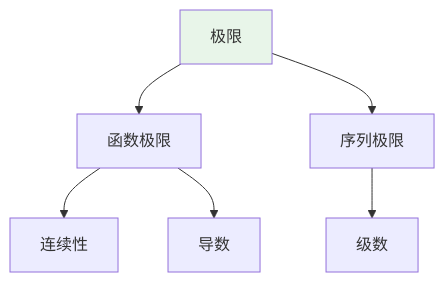
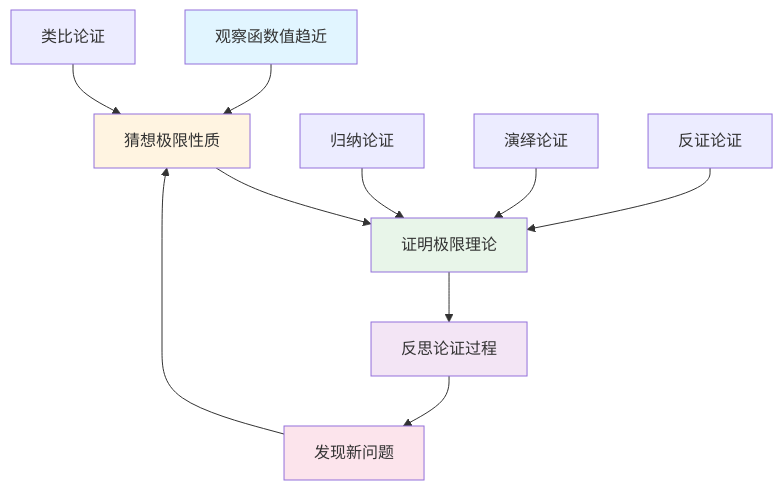
One commit to AdaMartin18010/FormalMath changed the fifth of 10 diagrams in concept/核心概念/13-极限.md. Above: the diagram before and after it, drawn with Mermaid. The commit also changed other lines of this file and 4793 other files, not shown here.

````diff
--- a/concept/核心概念/13-极限.md
+++ b/concept/核心概念/13-极限.md
@@ -654,10 +1479,19 @@
 ```mermaid
 graph TD
-    A[极限] --> B[函数极限]
-    A --> C[序列极限]
-    B --> D[连续性]
-    B --> E[导数]
-    C --> F[级数]
+    A[观察函数值趋近] --> B[猜想极限性质]
+    B --> C[证明极限理论]
+    C --> D[反思论证过程]
+    D --> E[发现新问题]
+    E --> B
 
-    style A fill:#e8f5e9
+    F[归纳论证] --> C
+    G[演绎论证] --> C
+    H[类比论证] --> B
+    I[反证论证] --> C
+
+    style A fill:#e1f5ff
+    style B fill:#fff4e1
+    style C fill:#e8f5e9
+    style D fill:#f3e5f5
+    style E fill:#fce4ec
 ```
````
